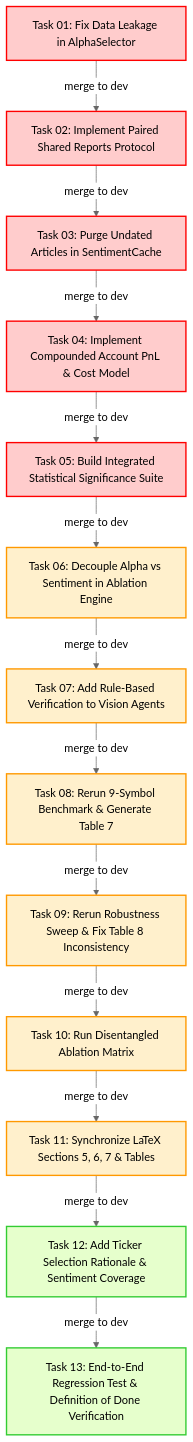
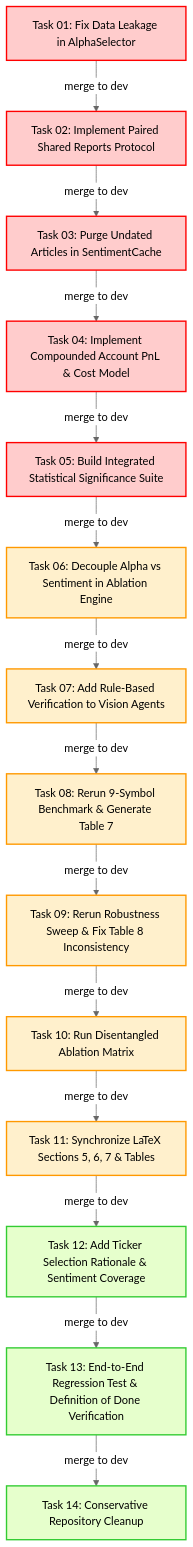
One commit to DungPhanHoangg05/A-Multi-Agent-Large-Language-Model-Approach-to-Price-Driven-Stock-Trading-in-the-Vietnamese-Stock-Ma changed the diagram in plan/FINAL_COMPLETION_PLAN.md. Above: the diagram before and after it, drawn with Mermaid (neutral theme). The commit also changed other lines of this file and 10 other files, not shown here.

Commit message:
chore: TASK-14 clean repository artifacts

````diff
--- a/plan/FINAL_COMPLETION_PLAN.md
+++ b/plan/FINAL_COMPLETION_PLAN.md
@@ -92,19 +94,20 @@
 ```mermaid
 graph TD
     classDef p0 fill:#ffcccc,stroke:#ff0000,stroke-width:2px;
     classDef p1 fill:#fff0cc,stroke:#ff9900,stroke-width:2px;
     classDef p2 fill:#e6ffcc,stroke:#33cc33,stroke-width:2px;
 
     T01[Task 01: Fix Data Leakage in AlphaSelector]:::p0 -->|merge to dev| T02[Task 02: Implement Paired Shared Reports Protocol]:::p0
     T02 -->|merge to dev| T03[Task 03: Purge Undated Articles in SentimentCache]:::p0
     T03 -->|merge to dev| T04[Task 04: Implement Compounded Account PnL & Cost Model]:::p0
     T04 -->|merge to dev| T05[Task 05: Build Integrated Statistical Significance Suite]:::p0
     T05 -->|merge to dev| T06[Task 06: Decouple Alpha vs Sentiment in Ablation Engine]:::p1
     T06 -->|merge to dev| T07[Task 07: Add Rule-Based Verification to Vision Agents]:::p1
     T07 -->|merge to dev| T08[Task 08: Rerun 9-Symbol Benchmark & Generate Table 7]:::p1
     T08 -->|merge to dev| T09[Task 09: Rerun Robustness Sweep & Fix Table 8 Inconsistency]:::p1
     T09 -->|merge to dev| T10[Task 10: Run Disentangled Ablation Matrix]:::p1
     T10 -->|merge to dev| T11[Task 11: Synchronize LaTeX Sections 5, 6, 7 & Tables]:::p1
     T11 -->|merge to dev| T12[Task 12: Add Ticker Selection Rationale & Sentiment Coverage]:::p2
     T12 -->|merge to dev| T13[Task 13: End-to-End Regression Test & Definition of Done Verification]:::p2
+    T13 -->|merge to dev| T14[Task 14: Conservative Repository Cleanup]:::p2
 ```
````
